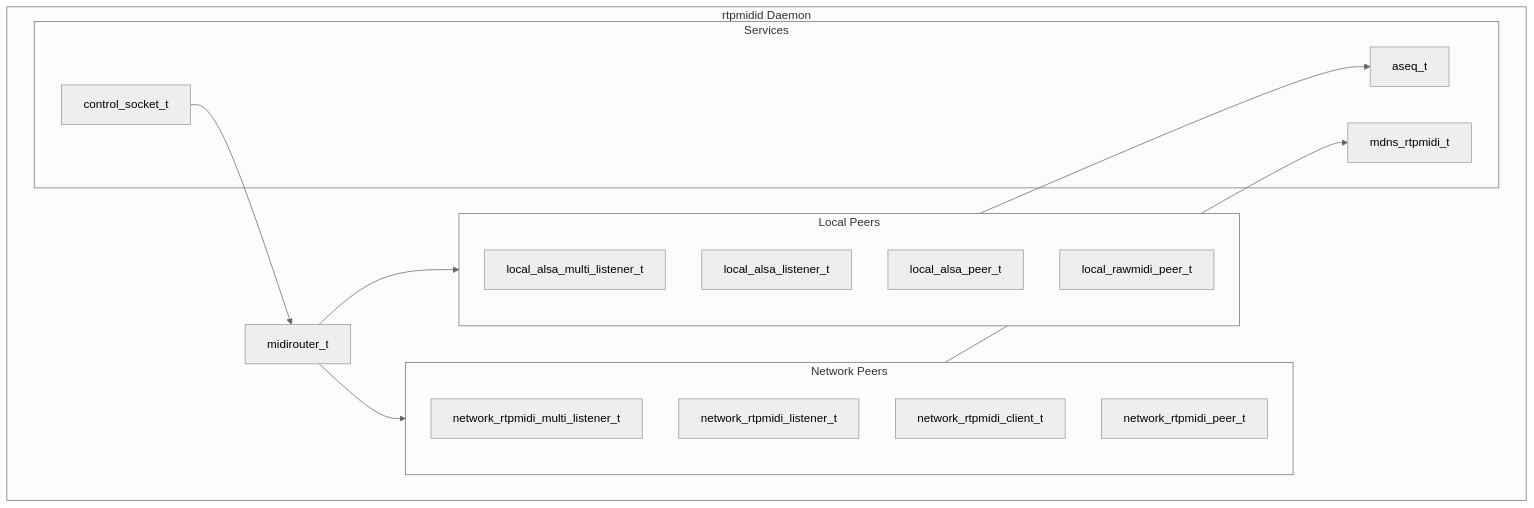
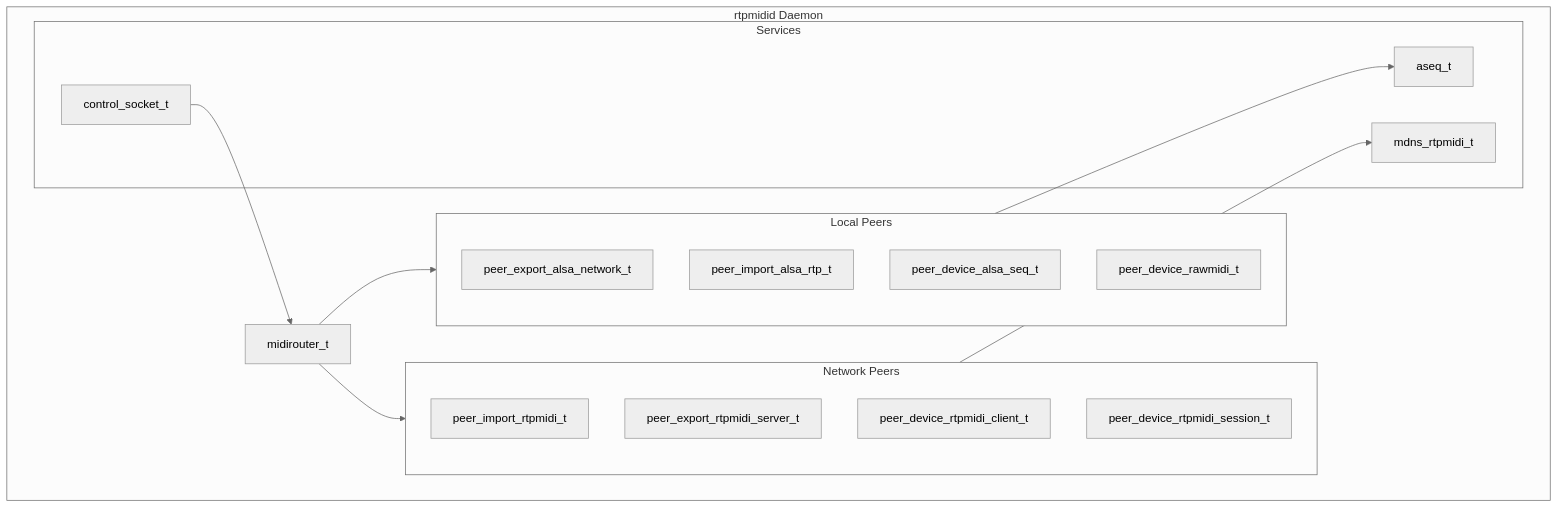
One commit to davidmoreno/rtpmidid changed the first of 5 diagrams in AGENTS.md. Above: the diagram before and after it, drawn with Mermaid (neutral theme). The commit also changed other lines of this file and 58 other files, not shown here.

First line of the commit message:
Refactor MIDI peer types and update documentation for clarity

````diff
--- a/AGENTS.md
+++ b/AGENTS.md
@@ -48,32 +48,32 @@
 ```mermaid
 graph TB
     subgraph Daemon[rtpmidid Daemon]
         Router[midirouter_t]
         
         subgraph LocalPeers[Local Peers]
-            ALSA_Multi[local_alsa_multi_listener_t]
-            ALSA_Listener[local_alsa_listener_t]
-            ALSA_Peer[local_alsa_peer_t]
-            RawMIDI[local_rawmidi_peer_t]
+            ALSA_Multi[peer_export_alsa_network_t]
+            ALSA_Listener[peer_import_alsa_rtp_t]
+            ALSA_Peer[peer_device_alsa_seq_t]
+            RawMIDI[peer_device_rawmidi_t]
         end
         
         subgraph NetworkPeers[Network Peers]
-            RTP_Multi[network_rtpmidi_multi_listener_t]
-            RTP_Listener[network_rtpmidi_listener_t]
-            RTP_Client[network_rtpmidi_client_t]
-            RTP_Peer[network_rtpmidi_peer_t]
+            RTP_Multi[peer_import_rtpmidi_t]
+            RTP_Listener[peer_export_rtpmidi_server_t]
+            RTP_Client[peer_device_rtpmidi_client_t]
+            RTP_Peer[peer_device_rtpmidi_session_t]
         end
         
         subgraph Services[Services]
             mDNS[mdns_rtpmidi_t]
             Control[control_socket_t]
             ASEQ[aseq_t]
         end
     end
     
     Router --> LocalPeers
     Router --> NetworkPeers
     LocalPeers --> ASEQ
     NetworkPeers --> mDNS
     Control --> Router
 ```
````
